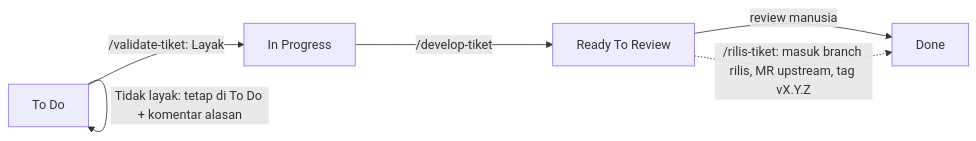
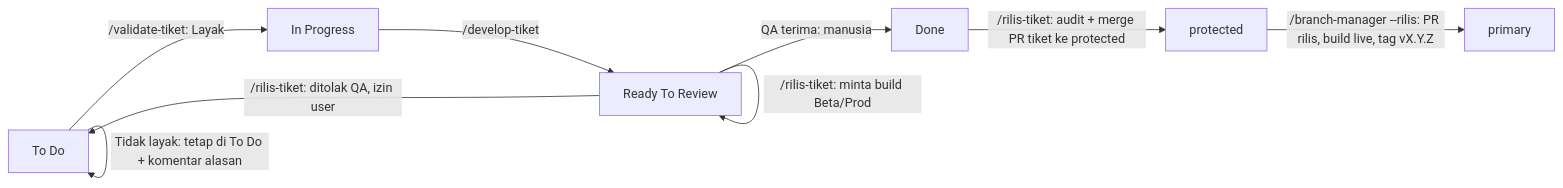
One commit to roiskhoiron/agent-workflow changed the first of 2 diagrams in docs/alur-kerja.md. Above: the diagram before and after it, drawn with Mermaid. The commit also changed other lines of this file and 2 other files, not shown here.

Commit message:
branch-manager: rilis per versi (tracing, laporan Docs, PR rilis, build live, tag)

````diff
--- a/docs/alur-kerja.md
+++ b/docs/alur-kerja.md
@@ -13,8 +13,11 @@
 ```mermaid
 flowchart LR
   A[To Do] -->|/validate-tiket: Layak| B[In Progress]
   A -->|Tidak layak: tetap di To Do + komentar alasan| A
   B -->|/develop-tiket| C[Ready To Review]
-  C -->|review manusia| E[Done]
-  C -.->|/rilis-tiket: masuk branch rilis, MR upstream, tag vX.Y.Z| E
+  C -->|QA terima: manusia| E[Done]
+  C -->|/rilis-tiket: ditolak QA, izin user| A
+  C -->|/rilis-tiket: minta build Beta/Prod| C
+  E -->|/rilis-tiket: audit + merge PR tiket ke protected| P[protected]
+  P -->|/branch-manager --rilis: PR rilis, build live, tag vX.Y.Z| M[primary]
 ```
````
